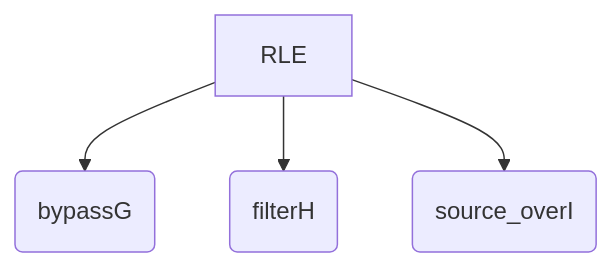
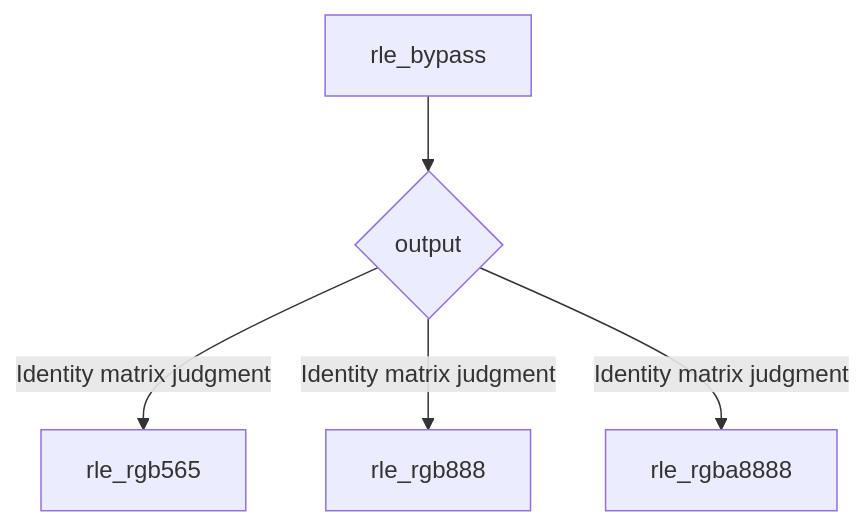
The tenth of 17 diagrams in doc/source/Design/index.md (realmcu/HoneyGUI), drawn with Mermaid before and after one commit. The commit also changed other lines of this file, not shown here.

````diff
--- a/doc/source/Design/index.md
+++ b/doc/source/Design/index.md
@@ -284,6 +174,7 @@
 ```{mermaid}
 graph TD
-RLE --> | | RLE_BYPASS(bypassG)
-RLE --> | | RLE_FILTER(filterH)
-RLE --> | | RLE_SOURCE_OVER(source_overI)
+rle_bypass --> b{output}
+b --> |Identity matrix judgment| rle_rgb565
+b --> |Identity matrix judgment| rle_rgb888
+b --> |Identity matrix judgment| rle_rgba8888
 ```
````
